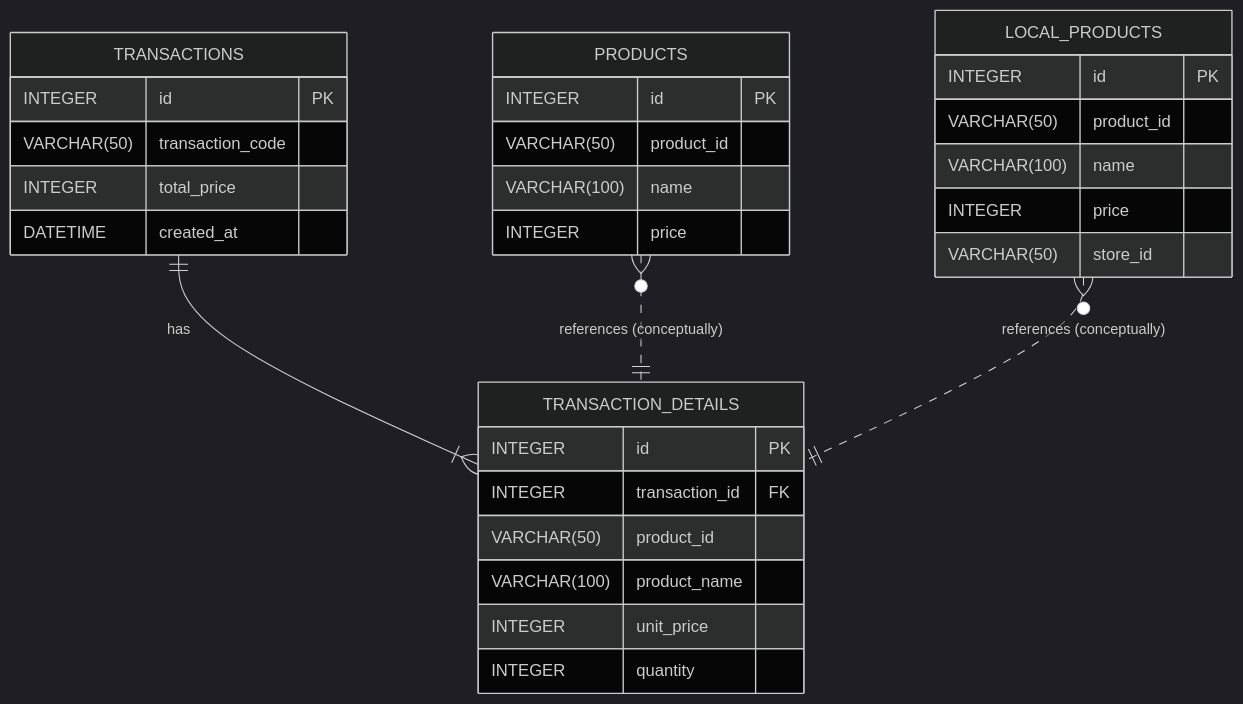
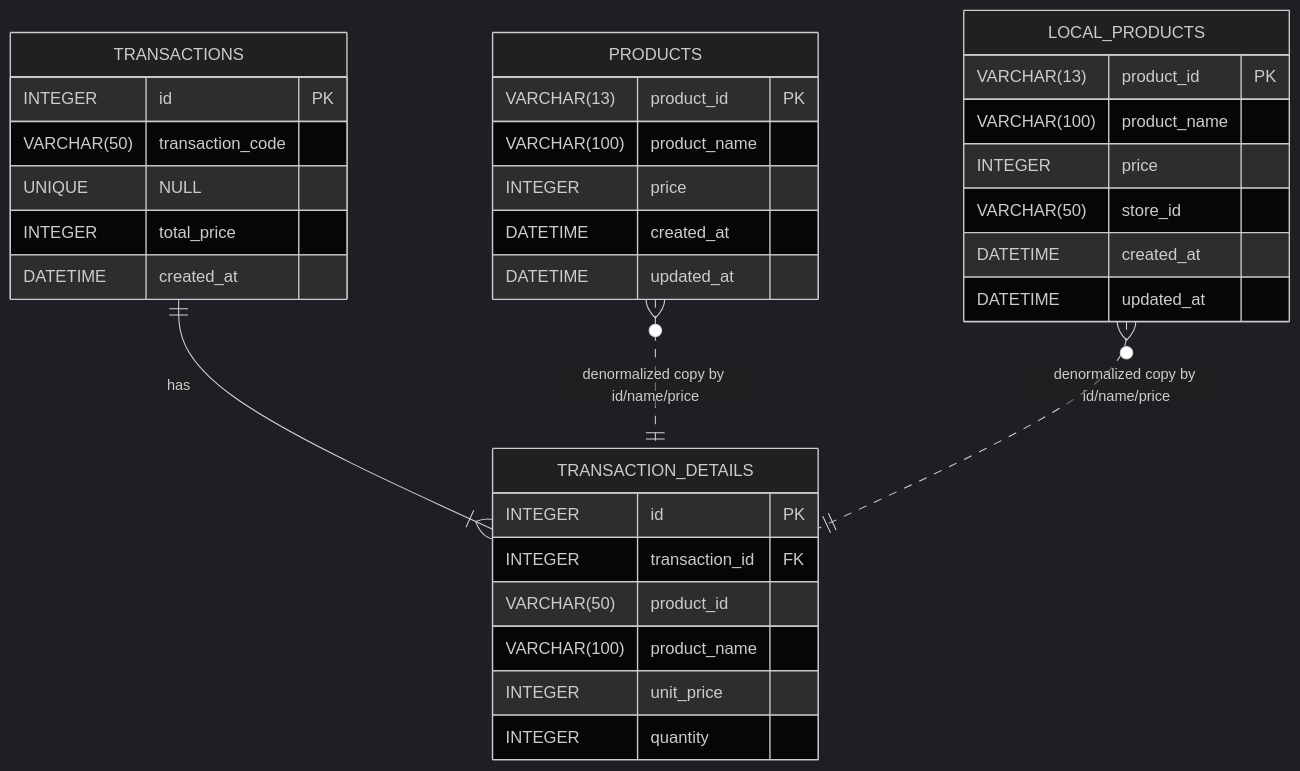
Before and after one commit to joelgoldschmidt0214/tech0-gen10-step4-pos_hase: the diagram in LV3/public/docs/03_Database_Schema.md, drawn with Mermaid (dark theme). The commit also changed other lines of this file and 5 other files, not shown here.

````diff
--- a/LV3/public/docs/03_Database_Schema.md
+++ b/LV3/public/docs/03_Database_Schema.md
@@ -10,37 +10,39 @@
 ```mermaid
 erDiagram
-    TRANSACTIONS {
-        INTEGER id PK
-        VARCHAR(50) transaction_code
-        INTEGER total_price
-        DATETIME created_at
-    }
+  TRANSACTIONS {
+    INTEGER id PK
+    VARCHAR(50) transaction_code UNIQUE NULL
+    INTEGER total_price
+    DATETIME created_at
+  }
 
-    TRANSACTION_DETAILS {
-        INTEGER id PK
-        INTEGER transaction_id FK
-        VARCHAR(50) product_id
-        VARCHAR(100) product_name
-        INTEGER unit_price
-        INTEGER quantity
-    }
+  TRANSACTION_DETAILS {
+    INTEGER id PK
+    INTEGER transaction_id FK
+    VARCHAR(50) product_id
+    VARCHAR(100) product_name
+    INTEGER unit_price
+    INTEGER quantity
+  }
 
-    PRODUCTS {
-        INTEGER id PK
-        VARCHAR(50) product_id
-        VARCHAR(100) name
-        INTEGER price
-    }
+  PRODUCTS {
+    VARCHAR(13) product_id PK
+    VARCHAR(100) product_name
+    INTEGER price
+    DATETIME created_at
+    DATETIME updated_at
+  }
 
-    LOCAL_PRODUCTS {
-        INTEGER id PK
-        VARCHAR(50) product_id
-        VARCHAR(100) name
-        INTEGER price
-        VARCHAR(50) store_id
-    }
+  LOCAL_PRODUCTS {
+    VARCHAR(13) product_id PK
+    VARCHAR(100) product_name
+    INTEGER price
+    VARCHAR(50) store_id
+    DATETIME created_at
+    DATETIME updated_at
+  }
 
-    TRANSACTIONS ||--|{ TRANSACTION_DETAILS : "has"
-    PRODUCTS }o..|| TRANSACTION_DETAILS : "references (conceptually)"
-    LOCAL_PRODUCTS }o..|| TRANSACTION_DETAILS : "references (conceptually)"
+  TRANSACTIONS ||--|{ TRANSACTION_DETAILS : "has"
+  PRODUCTS }o..|| TRANSACTION_DETAILS : "denormalized copy by id/name/price"
+  LOCAL_PRODUCTS }o..|| TRANSACTION_DETAILS : "denormalized copy by id/name/price"
 ```
````
